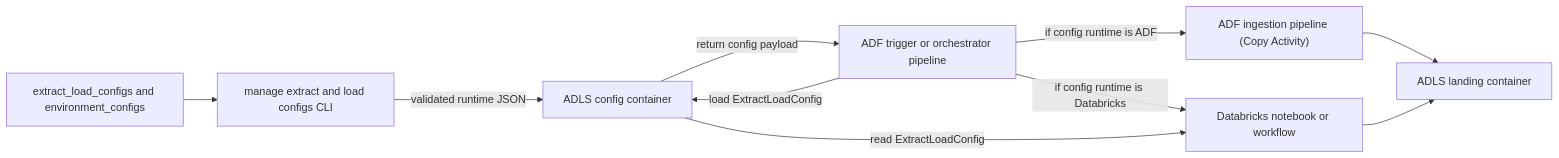
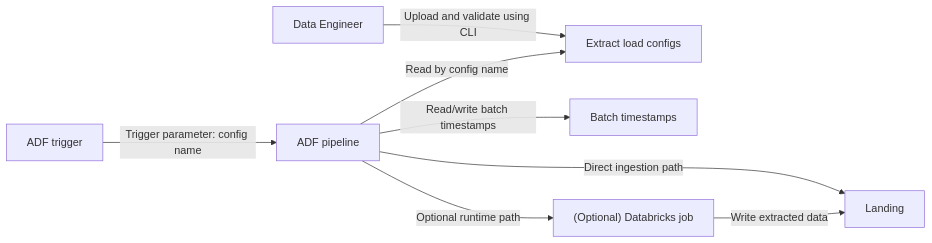
One commit to anineharto/anines-ultimate-ingestion-framework changed the first of 2 diagrams in README.md. Above: the diagram before and after it, drawn with Mermaid. The commit also changed 1 other file, not shown here.

Commit message:
update architecture in readme

````diff
--- a/README.md
+++ b/README.md
@@ -28,13 +28,10 @@
 ```mermaid
 flowchart LR
-    C["extract_load_configs and environment_configs"] --> U["manage extract and load configs CLI"]
-    U -->|validated runtime JSON| A["ADLS config container"]
-    T["ADF trigger or orchestrator pipeline"] -->|load ExtractLoadConfig| A
-    A -->|return config payload| T
-    T -->|if config runtime is ADF| P["ADF ingestion pipeline (Copy Activity)"]
-    T -->|if config runtime is Databricks| D["Databricks notebook or workflow"]
-    A -->|read ExtractLoadConfig| D
-    L["ADLS landing container"]
-    P --> L
-    D --> L
+    DE["Data Engineer"] -->|Upload and validate using CLI| C["Extract load configs"]
+    TR["ADF trigger"] -->|Trigger parameter: config name| A["ADF pipeline"]
+    A -->|Read by config name| C
+    A -->|Read/write batch timestamps| B["Batch timestamps"]
+    A -->|Optional runtime path| D["(Optional) Databricks job"]
+    A -->|Direct ingestion path| L["Landing"]
+    D -->|Write extracted data| L
 ```
````
